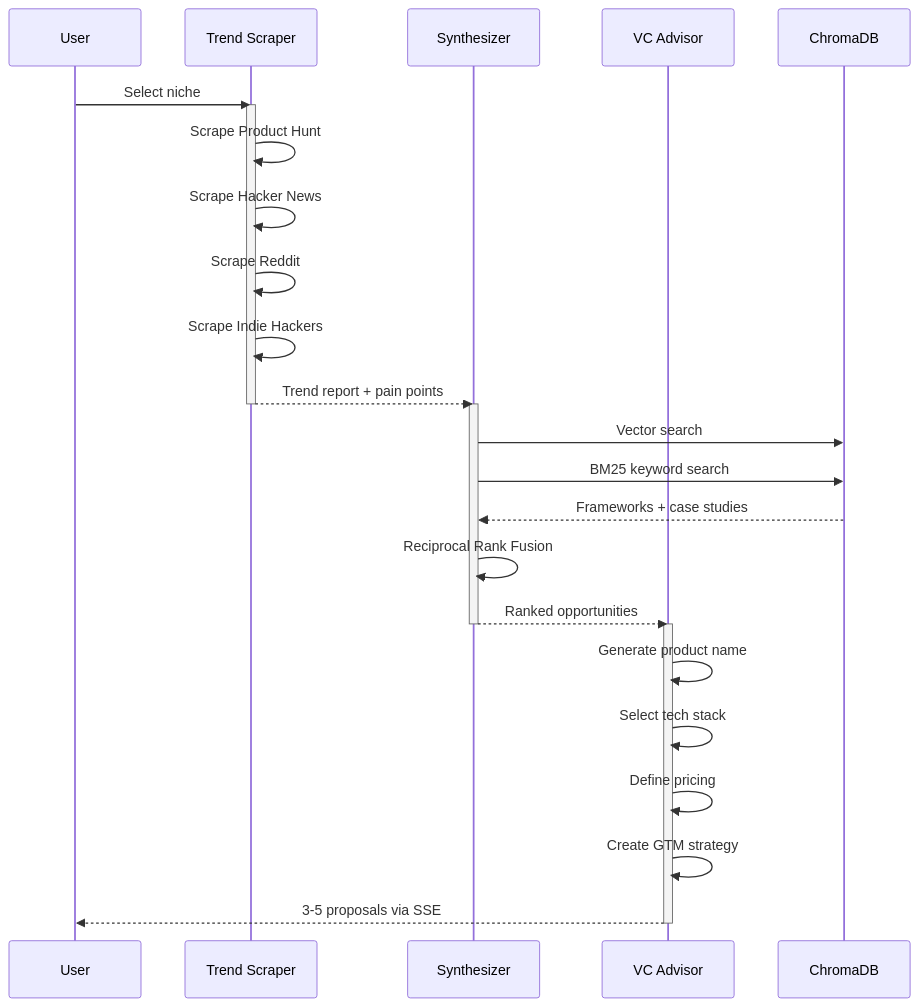
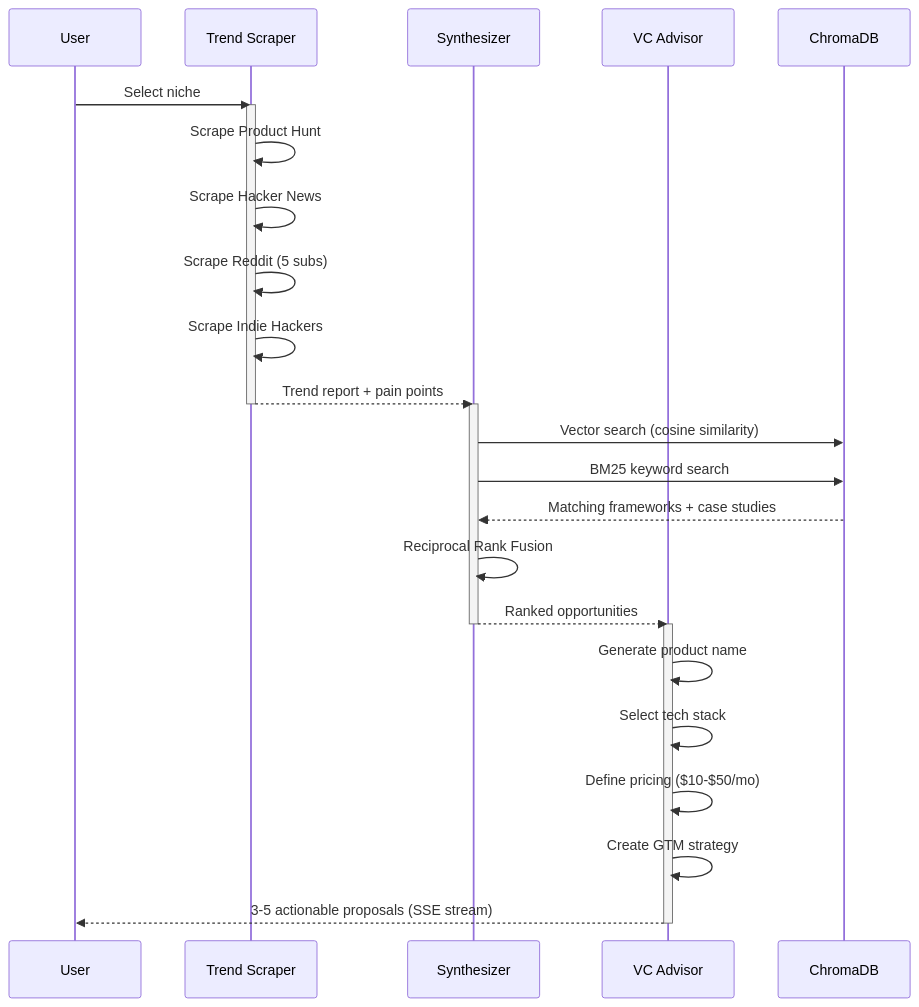
One commit to soumyachk101/IdeaForge changed the second of 8 diagrams in README.md. Above: the diagram before and after it, drawn with Mermaid. The commit also changed other lines of this file, not shown here.

First line of the commit message:
Replace ASCII architecture with 3 Mermaid workflow diagrams

````diff
--- a/README.md
+++ b/README.md
@@ -86,33 +107,33 @@
 ```mermaid
 sequenceDiagram
     participant U as User
     participant A1 as Trend Scraper
     participant A2 as Synthesizer
     participant A3 as VC Advisor
     participant DB as ChromaDB
 
     U->>A1: Select niche
     activate A1
     A1->>A1: Scrape Product Hunt
     A1->>A1: Scrape Hacker News
-    A1->>A1: Scrape Reddit
+    A1->>A1: Scrape Reddit (5 subs)
     A1->>A1: Scrape Indie Hackers
     A1-->>A2: Trend report + pain points
     deactivate A1
 
     activate A2
-    A2->>DB: Vector search
+    A2->>DB: Vector search (cosine similarity)
     A2->>DB: BM25 keyword search
-    DB-->>A2: Frameworks + case studies
+    DB-->>A2: Matching frameworks + case studies
     A2->>A2: Reciprocal Rank Fusion
     A2-->>A3: Ranked opportunities
     deactivate A2
 
     activate A3
     A3->>A3: Generate product name
     A3->>A3: Select tech stack
-    A3->>A3: Define pricing
+    A3->>A3: Define pricing ($10-$50/mo)
     A3->>A3: Create GTM strategy
-    A3-->>U: 3-5 proposals via SSE
+    A3-->>U: 3-5 actionable proposals (SSE stream)
     deactivate A3
 ```
````
